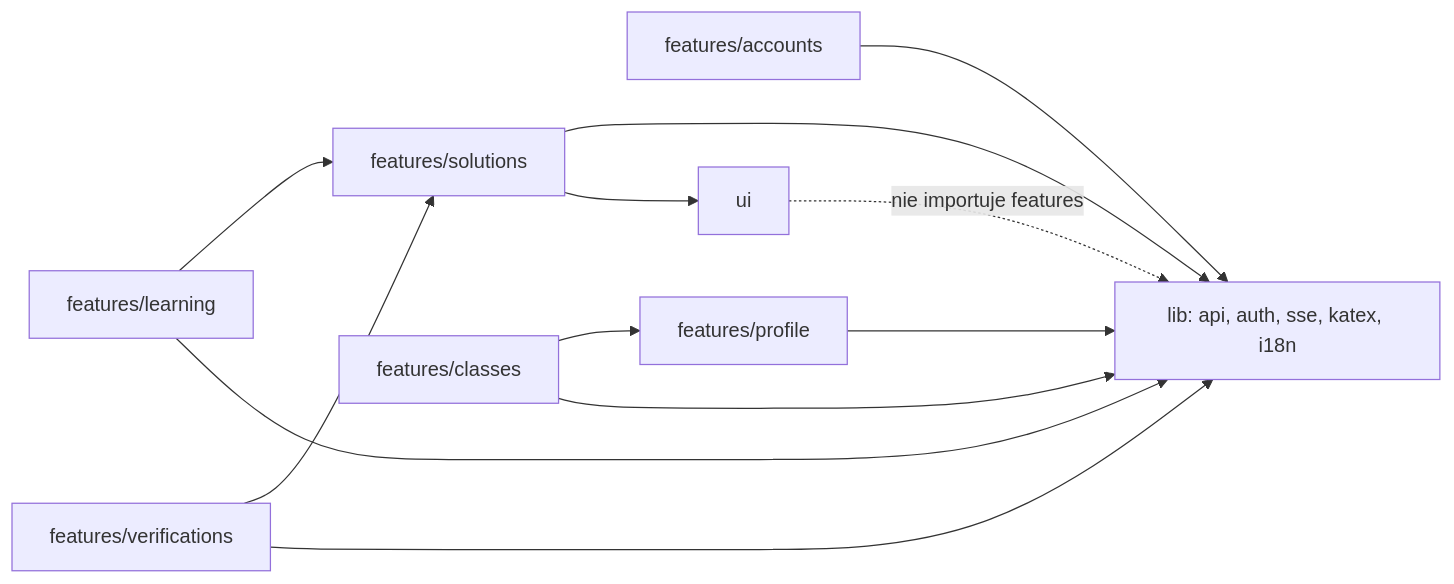
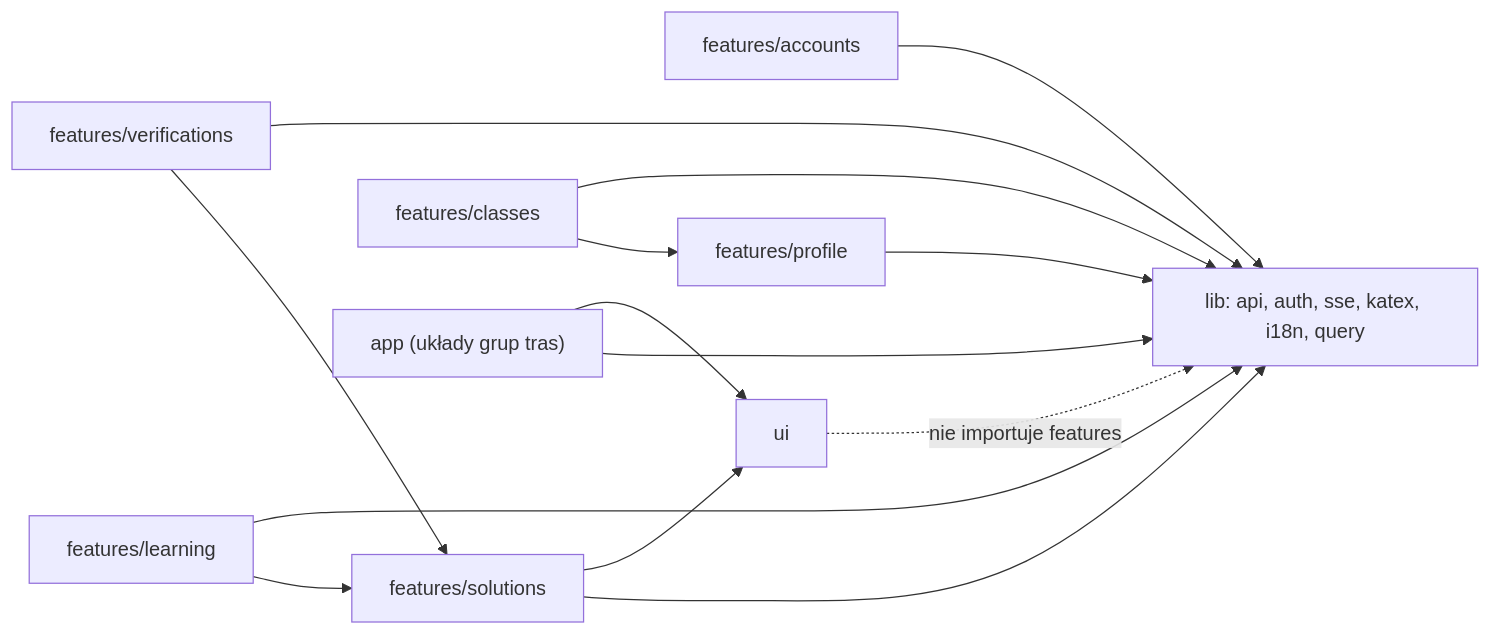
The fourth of 4 diagrams in docs/CODEBASE_MAP.md (misterekkk/lemat), drawn with Mermaid before and after one commit. The commit also changed other lines of this file and 34 other files, not shown here.

````diff
--- a/docs/CODEBASE_MAP.md
+++ b/docs/CODEBASE_MAP.md
@@ -242,22 +242,25 @@
 ```mermaid
 flowchart LR
     ACC["features/accounts"]
     LRN["features/learning"]
     SOL["features/solutions"]
     PRF["features/profile"]
     CLS["features/classes"]
     VER["features/verifications"]
-    LIB["lib: api, auth, sse, katex, i18n"]
+    LIB["lib: api, auth, sse, katex, i18n, query"]
     UI["ui"]
+    APP["app (układy grup tras)"]
+    APP --> LIB
+    APP --> UI
     LRN --> SOL
     CLS --> PRF
     VER --> SOL
     ACC --> LIB
     LRN --> LIB
     SOL --> LIB
     PRF --> LIB
     CLS --> LIB
     VER --> LIB
     SOL --> UI
     UI -. "nie importuje features" .-> LIB
 ```
````
